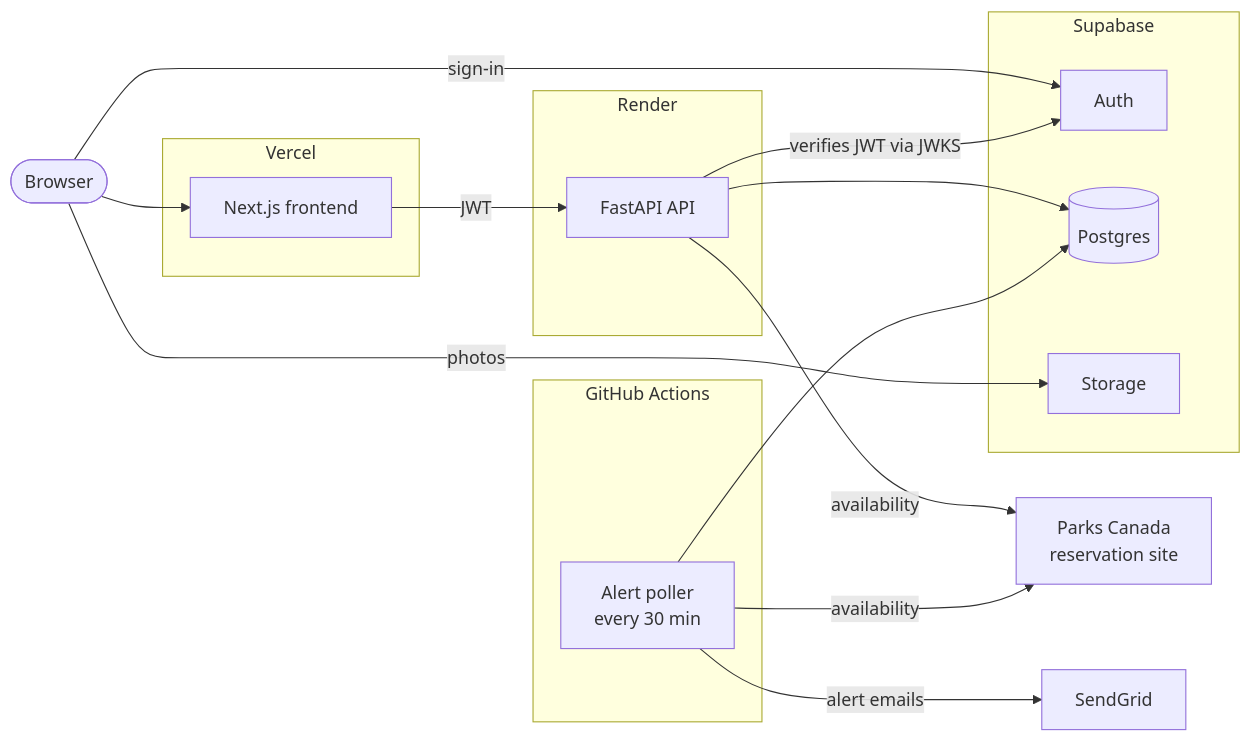
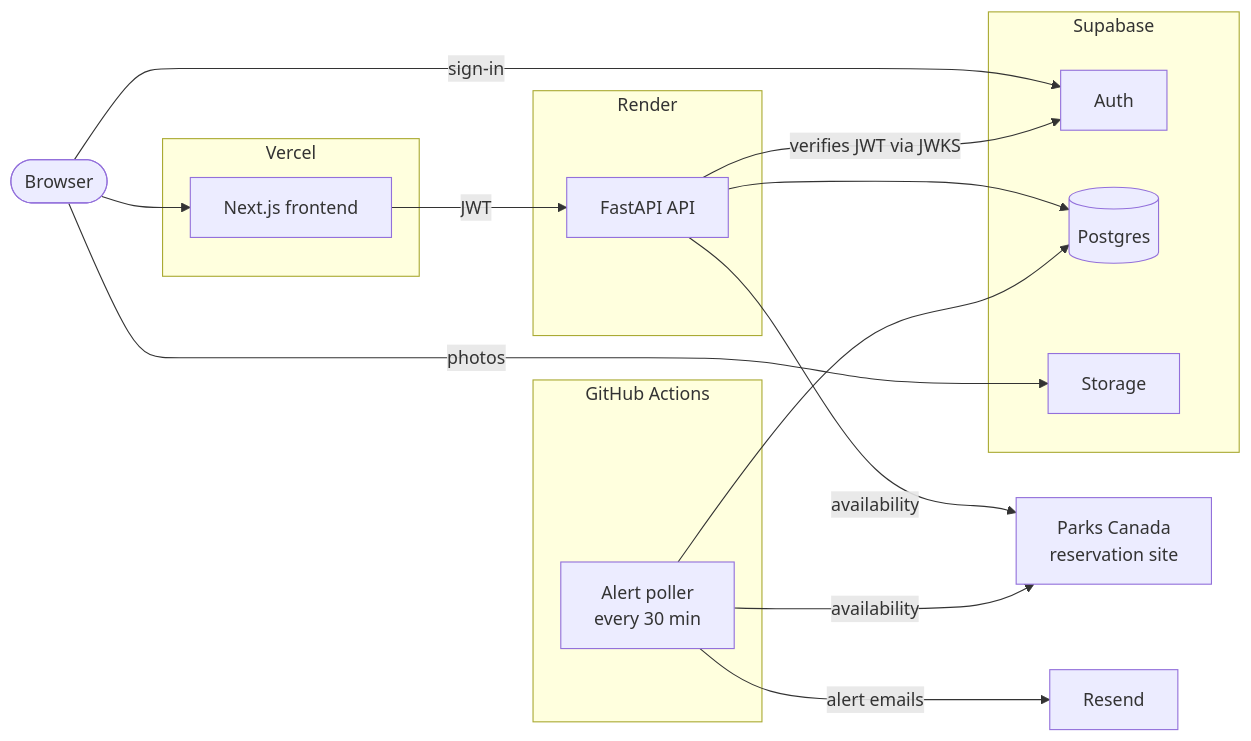
One commit to jtorske/trekly-web changed the diagram in README.md. Above: the diagram before and after it, drawn with Mermaid. The commit also changed other lines of this file and 22 other files, not shown here.

````diff
--- a/README.md
+++ b/README.md
@@ -42,31 +42,31 @@
 ```mermaid
 flowchart LR
     browser([Browser])
     subgraph Vercel
         web[Next.js frontend]
     end
     subgraph Render
         api[FastAPI API]
     end
     subgraph Supabase
         auth[Auth]
         db[(Postgres)]
         storage[Storage]
     end
     subgraph GitHub Actions
         poller[Alert poller<br/>every 30 min]
     end
     pc[Parks Canada<br/>reservation site]
-    mail[SendGrid]
+    mail[Resend]
 
     browser --> web
     browser -- sign-in --> auth
     browser -- photos --> storage
     web -- JWT --> api
     api -- verifies JWT via JWKS --> auth
     api --> db
     api -- availability --> pc
     poller --> db
     poller -- availability --> pc
     poller -- alert emails --> mail
 ```
````
